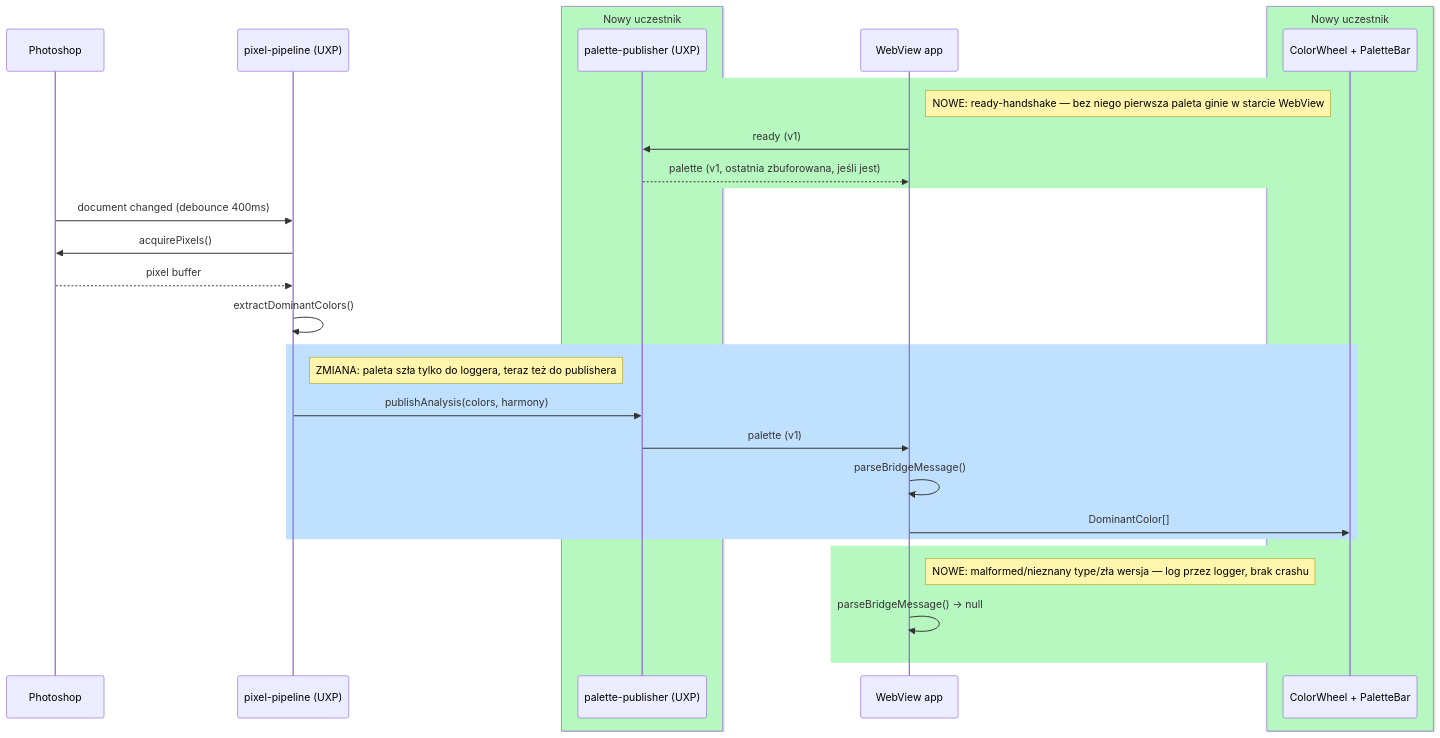
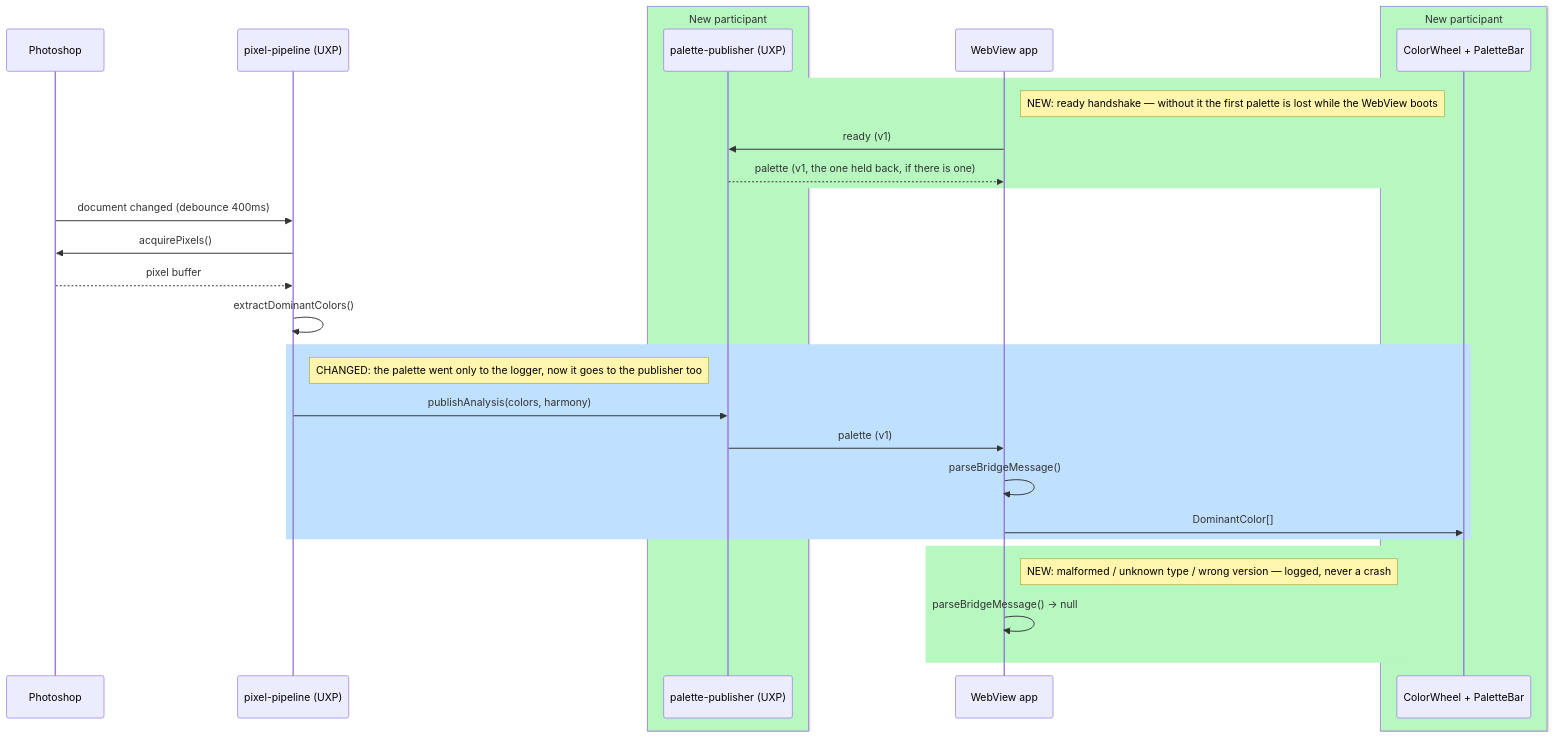
The diagram in docs/design-step3-color-wheel-ui.md (matee911/huechord), drawn with Mermaid before and after one commit. The commit also changed 2 other files, not shown here.

Commit message:
docs: write the diagram notes in the language the rest of the repo uses
Three sequence diagrams carried their change annotations in Polish, left over
from the sessions that drew them. Every other line of prose, comment and commit
message in this repo is English, and a reader of the diagrams had no way to know
they were the exception.

Only the note text changes. The flows, participants and highlight colors are
untouched.

````diff
--- a/docs/design-step3-color-wheel-ui.md
+++ b/docs/design-step3-color-wheel-ui.md
@@ -84,36 +84,36 @@
 ```mermaid
 sequenceDiagram
     participant PS as Photoshop
     participant Pipe as pixel-pipeline (UXP)
-    box rgb(183, 247, 192) Nowy uczestnik
+    box rgb(183, 247, 192) New participant
     participant Pub as palette-publisher (UXP)
     end
     participant WV as WebView app
-    box rgb(183, 247, 192) Nowy uczestnik
+    box rgb(183, 247, 192) New participant
     participant UI as ColorWheel + PaletteBar
     end
 
     rect rgb(183, 247, 192)
-    Note right of WV: NOWE: ready-handshake — bez niego pierwsza paleta ginie w starcie WebView
+    Note right of WV: NEW: ready handshake — without it the first palette is lost while the WebView boots
     WV->>Pub: ready (v1)
-    Pub-->>WV: palette (v1, ostatnia zbuforowana, jeśli jest)
+    Pub-->>WV: palette (v1, the one held back, if there is one)
     end
 
     PS->>Pipe: document changed (debounce 400ms)
     Pipe->>PS: acquirePixels()
     PS-->>Pipe: pixel buffer
     Pipe->>Pipe: extractDominantColors()
 
     rect rgb(191, 224, 255)
-    Note right of Pipe: ZMIANA: paleta szła tylko do loggera, teraz też do publishera
+    Note right of Pipe: CHANGED: the palette went only to the logger, now it goes to the publisher too
     Pipe->>Pub: publishAnalysis(colors, harmony)
     Pub->>WV: palette (v1)
     WV->>WV: parseBridgeMessage()
     WV->>UI: DominantColor[]
     end
 
     rect rgb(183, 247, 192)
-    Note right of WV: NOWE: malformed/nieznany type/zła wersja — log przez logger, brak crashu
+    Note right of WV: NEW: malformed / unknown type / wrong version — logged, never a crash
     WV->>WV: parseBridgeMessage() → null
     end
 ```
````
